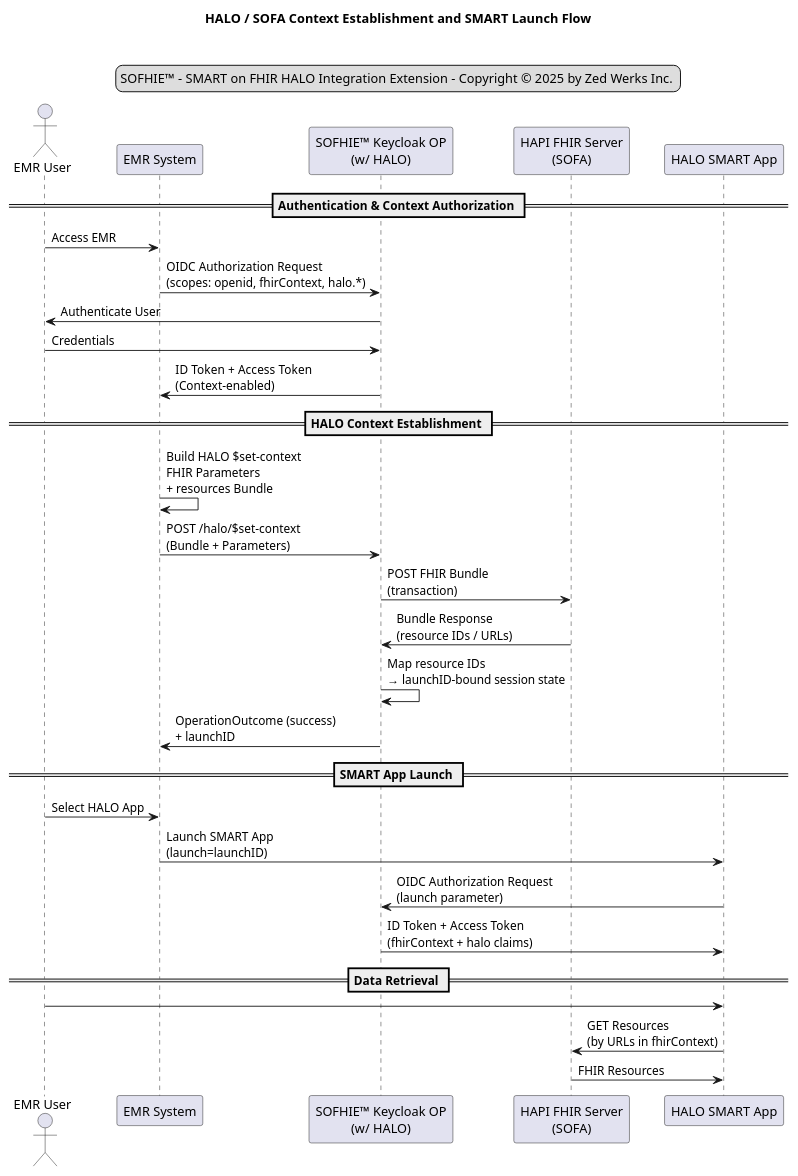
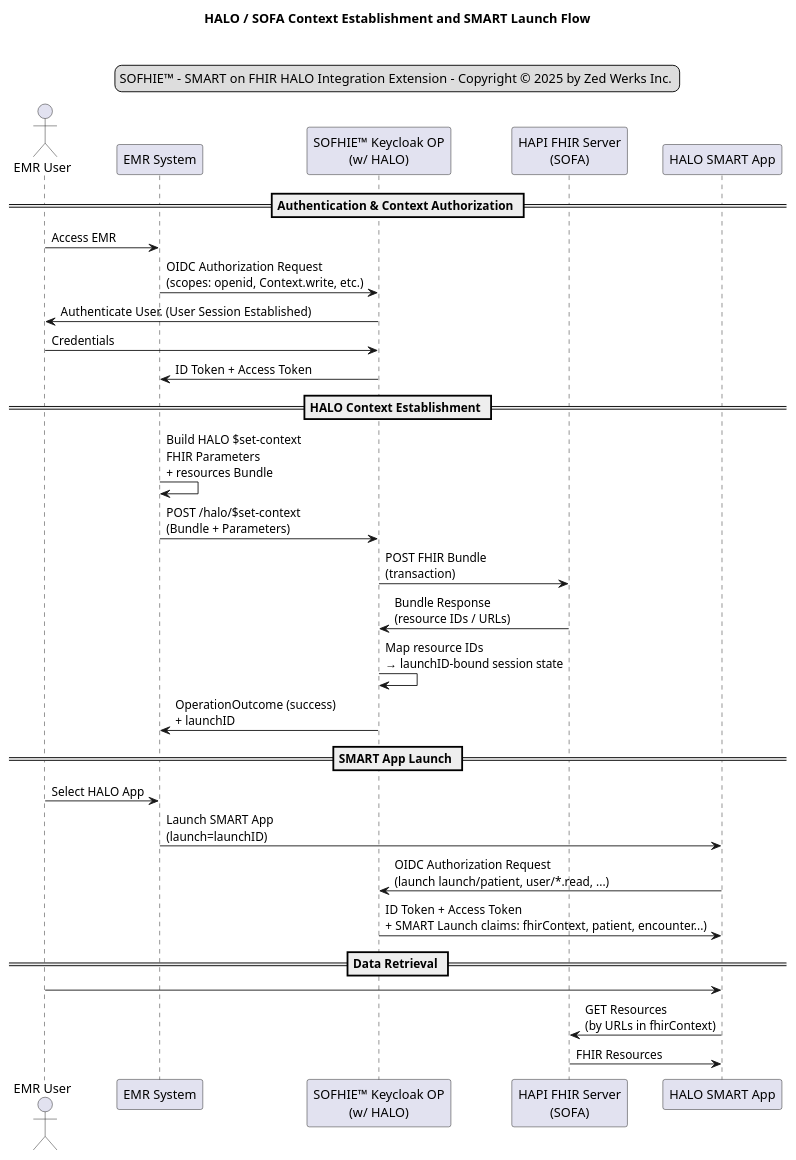
Before and after one commit to zedwerks/keycloak-smart-fhir: the diagram in docs/halo.puml, drawn with PlantUML. The commit also changed 1 other file, not shown here.

Commit message:
update diagram.

```diff
--- a/docs/halo.puml
+++ b/docs/halo.puml
@@ -1,44 +1,44 @@
 @startuml HALO
 title HALO / SOFA Context Establishment and SMART Launch Flow\n 
 
 legend top
     SOFHIE™ - SMART on FHIR HALO Integration Extension - Copyright © 2025 by Zed Werks Inc. 
 end legend
 
 actor "EMR User" as User
 participant "EMR System" as EMR
 participant "SOFHIE™ Keycloak OP\n(w/ HALO)" as KC
 participant "HAPI FHIR Server\n(SOFA)" as FHIR
 participant "HALO SMART App" as App
 
 == Authentication & Context Authorization ==
 
 User -> EMR : Access EMR
-EMR -> KC : OIDC Authorization Request\n(scopes: openid, fhirContext, halo.*)
-KC -> User : Authenticate User
+EMR -> KC : OIDC Authorization Request\n(scopes: openid, Context.write, etc.)
+KC -> User : Authenticate User. (User Session Established)
 User -> KC : Credentials
-KC -> EMR : ID Token + Access Token\n(Context-enabled)
+KC -> EMR : ID Token + Access Token
 
 == HALO Context Establishment ==
 
 EMR -> EMR : Build HALO $set-context\nFHIR Parameters\n+ resources Bundle
 EMR -> KC : POST /halo/$set-context\n(Bundle + Parameters)
 KC -> FHIR : POST FHIR Bundle\n(transaction)
 FHIR -> KC : Bundle Response\n(resource IDs / URLs)
 
 KC -> KC : Map resource IDs\n→ launchID-bound session state
 KC -> EMR : OperationOutcome (success)\n+ launchID
 
 == SMART App Launch ==
 
 User -> EMR : Select HALO App
 EMR -> App : Launch SMART App\n(launch=launchID)
-App -> KC : OIDC Authorization Request\n(launch parameter)
-KC -> App : ID Token + Access Token\n(fhirContext + halo claims)
+App -> KC : OIDC Authorization Request\n(launch launch/patient, user/*.read, ...)
+KC -> App : ID Token + Access Token\n+ SMART Launch claims: fhirContext, patient, encounter...)
 
 == Data Retrieval ==
 User -> App
 App -> FHIR : GET Resources\n(by URLs in fhirContext)
 FHIR -> App : FHIR Resources
 
 @enduml
```
